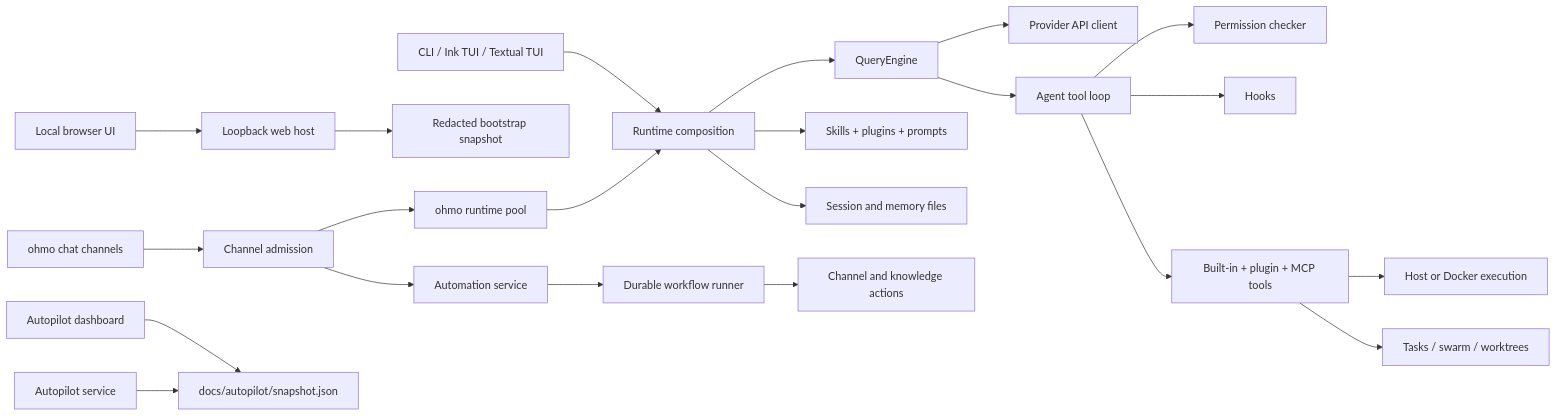
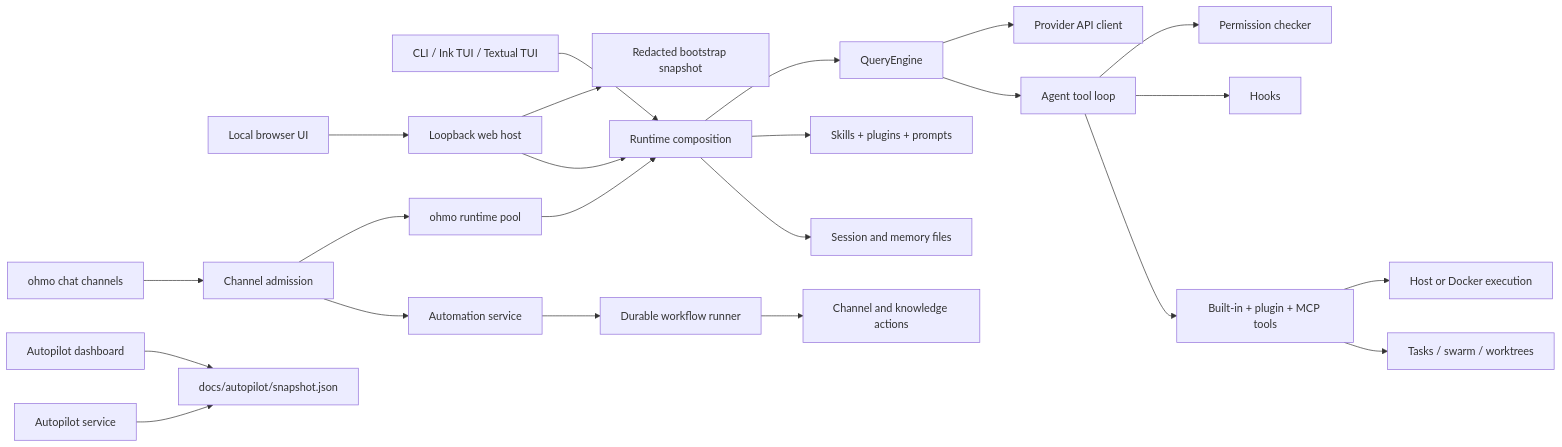
The diagram in docs/ARCHITECTURE.md (kevinwengh/OpenHarness), drawn with Mermaid before and after one commit. The commit also changed other lines of this file and 27 other files, not shown here.

First line of the commit message:
feat(web): add shared-runtime interactive workbench

````diff
--- a/docs/ARCHITECTURE.md
+++ b/docs/ARCHITECTURE.md
@@ -24,24 +24,25 @@
 ```mermaid
 flowchart LR
     User[CLI / Ink TUI / Textual TUI] --> Runtime[Runtime composition]
     Browser[Local browser UI] --> WebHost[Loopback web host]
     WebHost --> Status[Redacted bootstrap snapshot]
+    WebHost --> Runtime
     Chat[ohmo chat channels] --> Admission[Channel admission]
     Admission --> Ohmo[ohmo runtime pool]
     Admission --> Automation[Automation service]
     Automation --> Workflow[Durable workflow runner]
     Workflow --> Effects[Channel and knowledge actions]
     Ohmo --> Runtime
     Runtime --> Engine[QueryEngine]
     Engine --> Client[Provider API client]
     Engine --> Loop[Agent tool loop]
     Loop --> Permissions[Permission checker]
     Loop --> Hooks[Hooks]
     Loop --> Tools[Built-in + plugin + MCP tools]
     Tools --> Sandbox[Host or Docker execution]
     Runtime --> Skills[Skills + plugins + prompts]
     Runtime --> Sessions[Session and memory files]
     Tools --> Tasks[Tasks / swarm / worktrees]
     Dashboard[Autopilot dashboard] --> Snapshot[docs/autopilot/snapshot.json]
     Autopilot[Autopilot service] --> Snapshot
 ```
````
